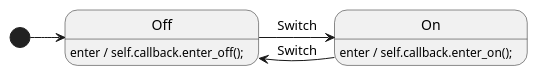
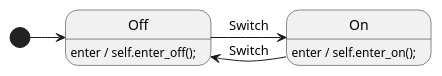
One commit to StateSmith/StateSmith changed the diagram in docs/languages/python/lightbulb.puml. Above: the diagram before and after it, drawn with PlantUML. The commit also changed 3 other files, not shown here.

```diff
--- a/docs/languages/python/lightbulb.puml
+++ b/docs/languages/python/lightbulb.puml
@@ -1,12 +1,12 @@
-@startuml
+@startuml Lightbulb
 [*] -> Off
 Off -> On : Switch
 On -> Off : Switch
 
 ' Use actions to call functions on various triggers, 
 ' such as entering or exiting a state.
 ' You can call these functions whatever you want.
 ' You will define these functions in your app.
-Off: enter / self.callback.enter_off();
-On: enter / self.callback.enter_on();
+Off: enter / self.enter_off();
+On: enter / self.enter_on();
 @enduml
```
